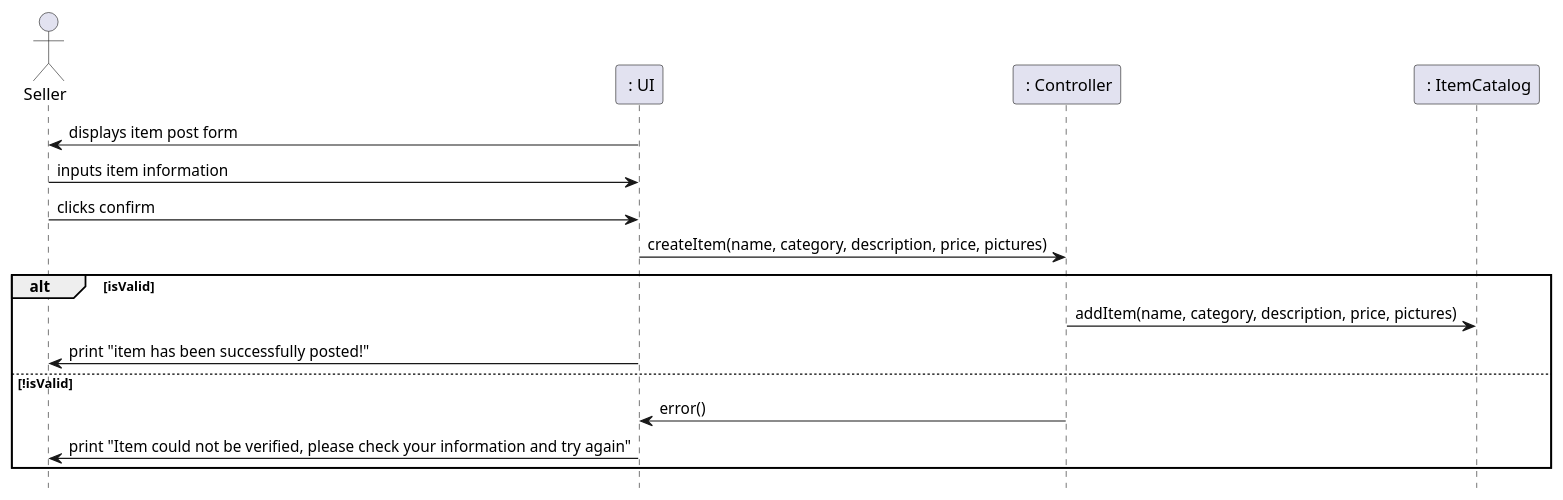
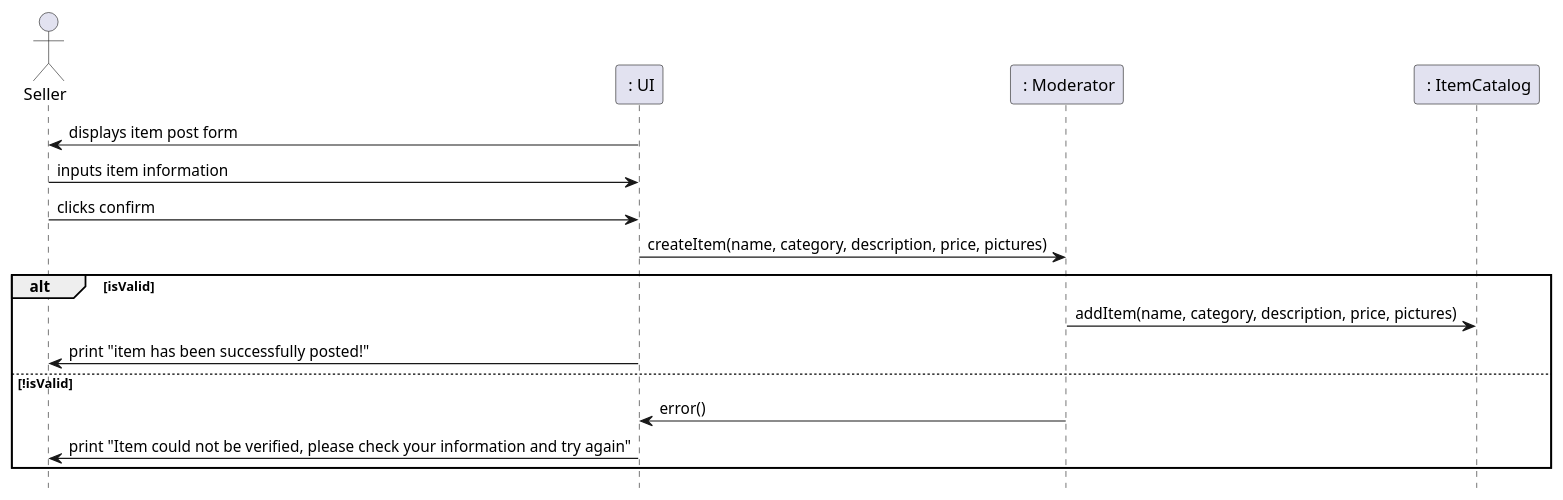
Before and after one commit to remyben-creator/Marketplace-Application: the third of 3 diagrams in IntelliJ/Phase2/design.md, drawn with PlantUML. The commit also changed other lines of this file, not shown here.

Commit message:
sequence and design class diagrams edited using provided feedback

````diff
--- a/IntelliJ/Phase2/design.md
+++ b/IntelliJ/Phase2/design.md
@@ -80,19 +76,19 @@
 ```plantuml
 hide footbox
 actor Seller as seller
 participant " : UI" as ui
-participant " : Controller" as controller
+participant " : Moderator" as moderator
 participant " : ItemCatalog" as itemcatalog
 
 ui -> seller : displays item post form
 seller -> ui : inputs item information
 seller -> ui : clicks confirm
-ui -> controller : createItem(name, category, description, price, pictures)
+ui -> moderator : createItem(name, category, description, price, pictures)
 alt isValid
- controller -> itemcatalog : addItem(name, category, description, price, pictures)
+ moderator -> itemcatalog : addItem(name, category, description, price, pictures)
  ui -> seller : print "item has been successfully posted!"
 else !isValid
- controller -> ui : error()
+ moderator -> ui : error()
  ui -> seller : print "Item could not be verified, please check your information and try again"
 end
 ```
````
